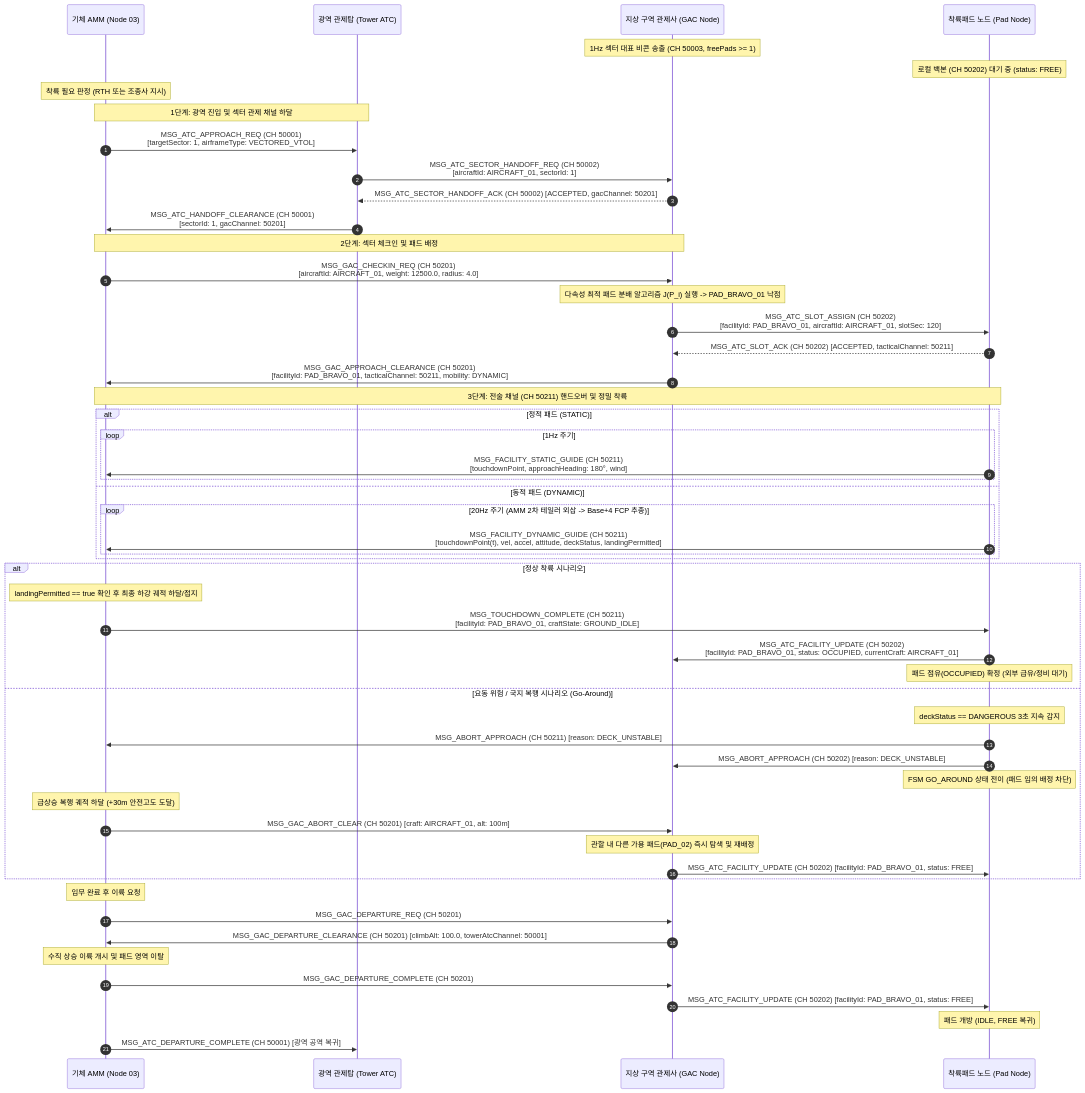
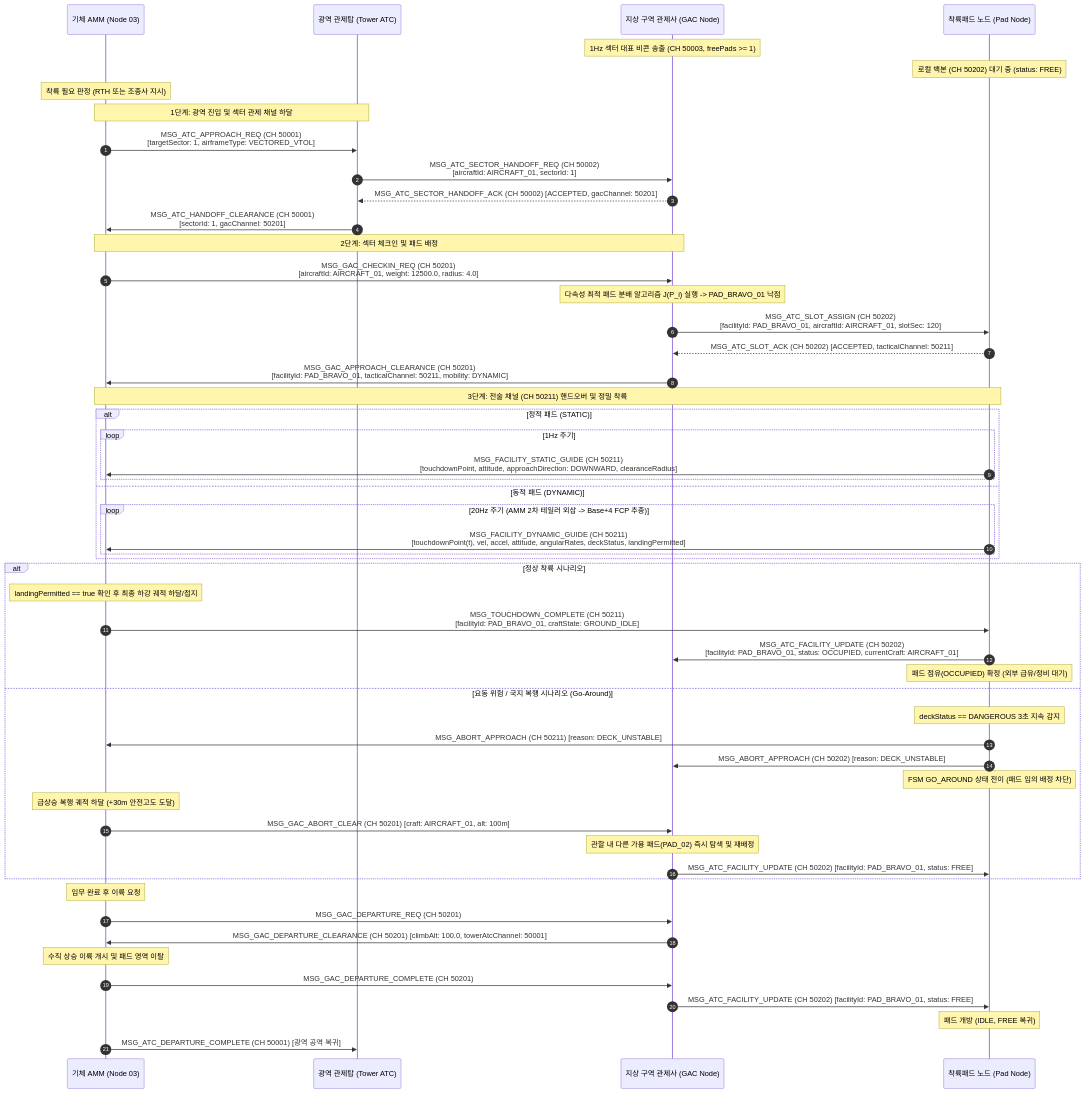
Before and after one commit to Polimachi/Aeroneutics_Autopilot: the third of 4 diagrams in docs/specs/0_infra/landing_pad/LANDING_PAD_SPECIFICATION_AND_ICD.md, drawn with Mermaid. The commit also changed other lines of this file and 143 other files, not shown here.

````diff
--- a/docs/specs/0_infra/landing_pad/LANDING_PAD_SPECIFICATION_AND_ICD.md
+++ b/docs/specs/0_infra/landing_pad/LANDING_PAD_SPECIFICATION_AND_ICD.md
@@ -446,62 +471,62 @@
 ```mermaid
 sequenceDiagram
     autonumber
     participant A as 기체 AMM (Node 03)
     participant ATC as 광역 관제탑 (Tower ATC)
     participant GAC as 지상 구역 관제사 (GAC Node)
     participant P as 착륙패드 노드 (Pad Node)
 
     Note over GAC: 1Hz 섹터 대표 비콘 송출 (CH 50003, freePads >= 1)
     Note over P: 로컬 백본 (CH 50202) 대기 중 (status: FREE)
     Note over A: 착륙 필요 판정 (RTH 또는 조종사 지시)
     
     Note over A,ATC: 1단계: 광역 진입 및 섹터 관제 채널 하달
     A->>ATC: MSG_ATC_APPROACH_REQ (CH 50001)<br/>[targetSector: 1, airframeType: VECTORED_VTOL]
     ATC->>GAC: MSG_ATC_SECTOR_HANDOFF_REQ (CH 50002)<br/>[aircraftId: AIRCRAFT_01, sectorId: 1]
     GAC-->>ATC: MSG_ATC_SECTOR_HANDOFF_ACK (CH 50002) [ACCEPTED, gacChannel: 50201]
     ATC->>A: MSG_ATC_HANDOFF_CLEARANCE (CH 50001)<br/>[sectorId: 1, gacChannel: 50201]
 
     Note over A,GAC: 2단계: 섹터 체크인 및 패드 배정
     A->>GAC: MSG_GAC_CHECKIN_REQ (CH 50201)<br/>[aircraftId: AIRCRAFT_01, weight: 12500.0, radius: 4.0]
     Note over GAC: 다속성 최적 패드 분배 알고리즘 J(P_i) 실행 -> PAD_BRAVO_01 낙점
     GAC->>P: MSG_ATC_SLOT_ASSIGN (CH 50202)<br/>[facilityId: PAD_BRAVO_01, aircraftId: AIRCRAFT_01, slotSec: 120]
     P-->>GAC: MSG_ATC_SLOT_ACK (CH 50202) [ACCEPTED, tacticalChannel: 50211]
     GAC->>A: MSG_GAC_APPROACH_CLEARANCE (CH 50201)<br/>[facilityId: PAD_BRAVO_01, tacticalChannel: 50211, mobility: DYNAMIC]
 
     Note over A,P: 3단계: 전술 채널 (CH 50211) 핸드오버 및 정밀 착륙
     alt 정적 패드 (STATIC)
         loop 1Hz 주기
-            P->>A: MSG_FACILITY_STATIC_GUIDE (CH 50211)<br/>[touchdownPoint, approachHeading: 180°, wind]
+            P->>A: MSG_FACILITY_STATIC_GUIDE (CH 50211)<br/>[touchdownPoint, attitude, approachDirection: DOWNWARD, clearanceRadius]
         end
     else 동적 패드 (DYNAMIC)
         loop 20Hz 주기 (AMM 2차 테일러 외삽 -> Base+4 FCP 추종)
-            P->>A: MSG_FACILITY_DYNAMIC_GUIDE (CH 50211)<br/>[touchdownPoint(t), vel, accel, attitude, deckStatus, landingPermitted]
+            P->>A: MSG_FACILITY_DYNAMIC_GUIDE (CH 50211)<br/>[touchdownPoint(t), vel, accel, attitude, angularRates, deckStatus, landingPermitted]
         end
     end
 
     alt 정상 착륙 시나리오
         Note over A: landingPermitted == true 확인 후 최종 하강 궤적 하달/접지
         A->>P: MSG_TOUCHDOWN_COMPLETE (CH 50211)<br/>[facilityId: PAD_BRAVO_01, craftState: GROUND_IDLE]
         P->>GAC: MSG_ATC_FACILITY_UPDATE (CH 50202)<br/>[facilityId: PAD_BRAVO_01, status: OCCUPIED, currentCraft: AIRCRAFT_01]
         Note over P: 패드 점유(OCCUPIED) 확정 (외부 급유/정비 대기)
     else 요동 위험 / 국지 복행 시나리오 (Go-Around)
         Note over P: deckStatus == DANGEROUS 3초 지속 감지
         P->>A: MSG_ABORT_APPROACH (CH 50211) [reason: DECK_UNSTABLE]
         P->>GAC: MSG_ABORT_APPROACH (CH 50202) [reason: DECK_UNSTABLE]
         Note over P: FSM GO_AROUND 상태 전이 (패드 임의 배정 차단)
         Note over A: 급상승 복행 궤적 하달 (+30m 안전고도 도달)
         A->>GAC: MSG_GAC_ABORT_CLEAR (CH 50201) [craft: AIRCRAFT_01, alt: 100m]
         Note over GAC: 관할 내 다른 가용 패드(PAD_02) 즉시 탐색 및 재배정
         GAC->>P: MSG_ATC_FACILITY_UPDATE (CH 50202) [facilityId: PAD_BRAVO_01, status: FREE]
     end
 
     Note over A: 임무 완료 후 이륙 요청
     A->>GAC: MSG_GAC_DEPARTURE_REQ (CH 50201)
     GAC->>A: MSG_GAC_DEPARTURE_CLEARANCE (CH 50201) [climbAlt: 100.0, towerAtcChannel: 50001]
     
     Note over A: 수직 상승 이륙 개시 및 패드 영역 이탈
     A->>GAC: MSG_GAC_DEPARTURE_COMPLETE (CH 50201)
     GAC->>P: MSG_ATC_FACILITY_UPDATE (CH 50202) [facilityId: PAD_BRAVO_01, status: FREE]
     Note over P: 패드 개방 (IDLE, FREE 복귀)
     A->>ATC: MSG_ATC_DEPARTURE_COMPLETE (CH 50001) [광역 공역 복귀]
 ```
````
